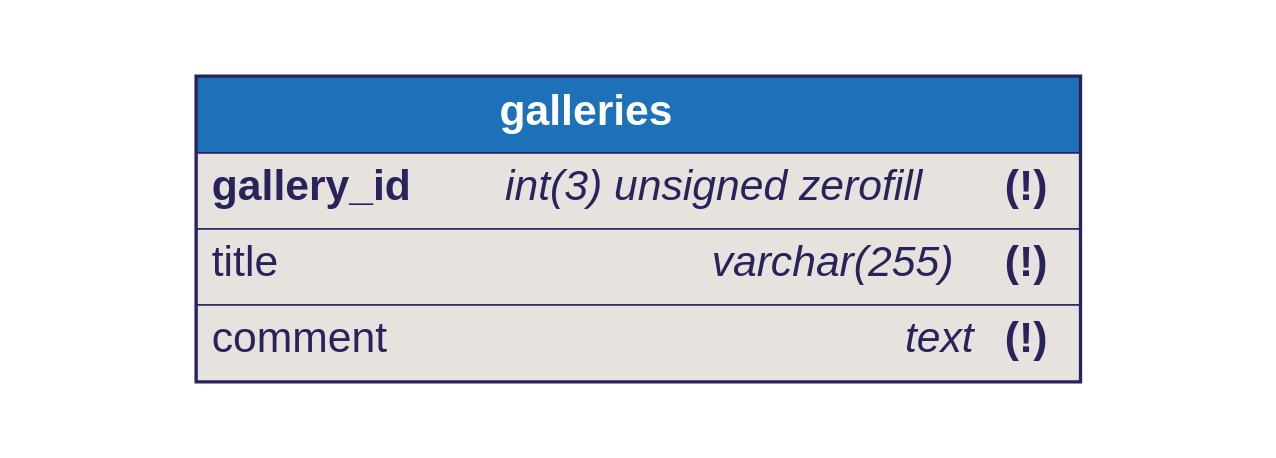
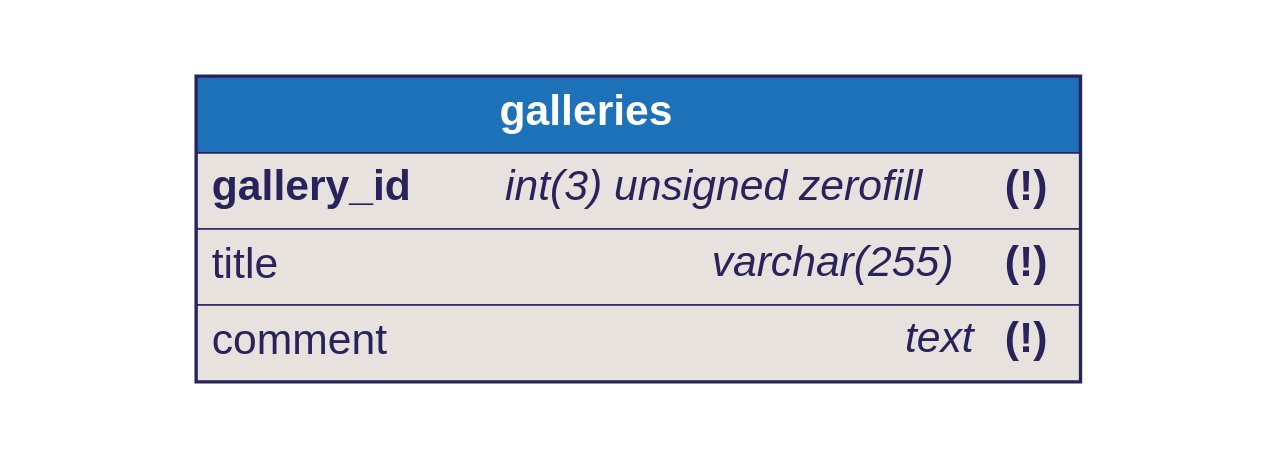
The diagram in examples/issue-12.dbml.dot (softwaretechnik-berlin/dbml-renderer), drawn with Graphviz before and after one commit. The commit also changed 32 other files, not shown here.

```diff
--- a/examples/issue-12.dbml.dot
+++ b/examples/issue-12.dbml.dot
@@ -1,38 +1,38 @@
 digraph dbml {
       rankdir=LR;
       graph [fontname="helvetica", fontsize=32, fontcolor="#29235c", bgcolor="transparent"];
       node [penwidth=0, margin=0, fontname="helvetica", fontsize=32, fontcolor="#29235c"];
       edge [fontname="helvetica", fontsize=32, fontcolor="#29235c", color="#29235c"];
 
       
       
-      "galleries" [id="galleries";label=<<TABLE BORDER="2" COLOR="#29235c" CELLBORDER="1" CELLSPACING="0" CELLPADDING="10" >
-      <TR><TD PORT="f0" BGCOLOR="#1d71b8"><font color="#ffffff"><B>       galleries       </B></font></TD></TR>
-<TR><TD ALIGN="left" PORT="f1" BGCOLOR="#e7e2dd">
+      "galleries" [id="galleries";label=<<TABLE BORDER="2" COLOR="#29235c" CELLBORDER="1" CELLSPACING="0" CELLPADDING="10">
+      <TR><TD PORT="f0" BGCOLOR="#1d71b8"><FONT COLOR="#ffffff"><B>       galleries       </B></FONT></TD></TR>
+<TR><TD ALIGN="LEFT" PORT="f1" BGCOLOR="#e7e2dd">
       <TABLE CELLPADDING="0" CELLSPACING="0" BORDER="0">
         <TR>
-          <TD ALIGN="LEFT"><b>gallery_id</b><FONT>    </FONT></TD>
-          <TD ALIGN="RIGHT"><font><i>int(3) unsigned zerofill</i> <b>(!)</b></font></TD>
+          <TD ALIGN="LEFT"><B>gallery_id</B>    </TD>
+          <TD ALIGN="RIGHT"><FONT><I>int(3) unsigned zerofill</I> <B>(!)</B></FONT></TD>
         </TR>
       </TABLE>
     </TD></TR>
-<TR><TD ALIGN="left" PORT="f2" BGCOLOR="#e7e2dd">
+<TR><TD ALIGN="LEFT" PORT="f2" BGCOLOR="#e7e2dd">
       <TABLE CELLPADDING="0" CELLSPACING="0" BORDER="0">
         <TR>
-          <TD ALIGN="LEFT">title<FONT>    </FONT></TD>
-          <TD ALIGN="RIGHT"><font><i>varchar(255)</i> <b>(!)</b></font></TD>
+          <TD ALIGN="LEFT">title    </TD>
+          <TD ALIGN="RIGHT"><FONT><I>varchar(255)</I> <B>(!)</B></FONT></TD>
         </TR>
       </TABLE>
     </TD></TR>
-<TR><TD ALIGN="left" PORT="f3" BGCOLOR="#e7e2dd">
+<TR><TD ALIGN="LEFT" PORT="f3" BGCOLOR="#e7e2dd">
       <TABLE CELLPADDING="0" CELLSPACING="0" BORDER="0">
         <TR>
-          <TD ALIGN="LEFT">comment<FONT>    </FONT></TD>
-          <TD ALIGN="RIGHT"><font><i>text</i> <b>(!)</b></font></TD>
+          <TD ALIGN="LEFT">comment    </TD>
+          <TD ALIGN="RIGHT"><FONT><I>text</I> <B>(!)</B></FONT></TD>
         </TR>
       </TABLE>
     </TD></TR>
     </TABLE>>];
       
       
     }
```
